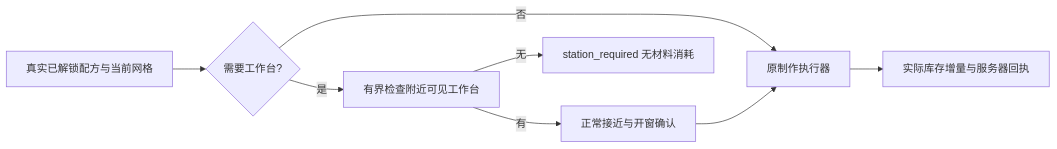
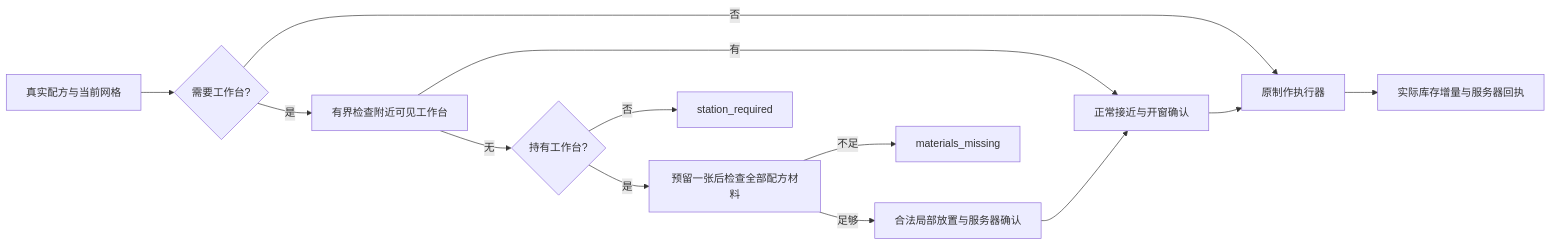
The fourth of 5 diagrams in docs/development/007-flowing-minecraft.md (Momoyeyu/momo-web), drawn with Mermaid before and after one commit. The commit also changed other lines of this file and 10 other files, not shown here.

````diff
--- a/docs/development/007-flowing-minecraft.md
+++ b/docs/development/007-flowing-minecraft.md
@@ -141,10 +147,15 @@
 ```mermaid
 flowchart LR
-  R[真实已解锁配方与当前网格] --> N{需要工作台?}
+  R[真实配方与当前网格] --> N{需要工作台?}
   N -->|否| C[原制作执行器]
   N -->|是| V[有界检查附近可见工作台]
-  V -->|无| F[station_required 无材料消耗]
   V -->|有| O[正常接近与开窗确认]
+  V -->|无| H{持有工作台?}
+  H -->|否| F[station_required]
+  H -->|是| M[预留一张后检查全部配方材料]
+  M -->|不足| E[materials_missing]
+  M -->|足够| P[合法局部放置与服务器确认]
+  P --> O
   O --> C
-  C --> E[实际库存增量与服务器回执]
+  C --> Q[实际库存增量与服务器回执]
 ```
````
